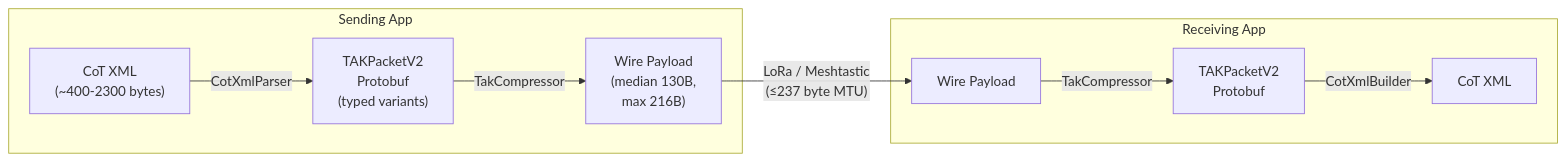
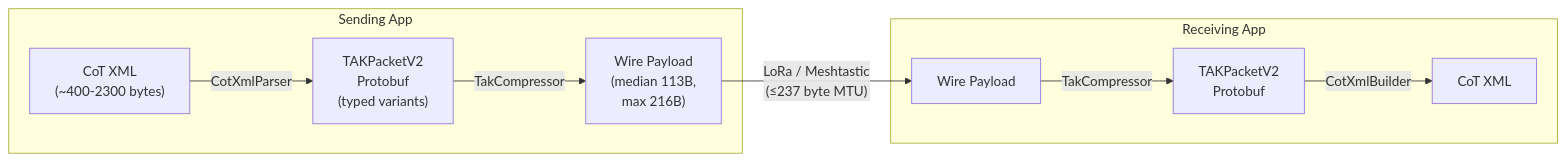
The first of 2 diagrams in README.md (meshtastic/TAKPacket-SDK), drawn with Mermaid before and after one commit. The commit also changed other lines of this file and 11 other files, not shown here.

````diff
--- a/README.md
+++ b/README.md
@@ -9,12 +9,12 @@
 ```mermaid
 flowchart LR
     subgraph "Sending App"
         A["CoT XML\n(~400-2300 bytes)"] -->|CotXmlParser| B["TAKPacketV2\nProtobuf\n(typed variants)"]
-        B -->|TakCompressor| C["Wire Payload\n(median 130B,\nmax 216B)"]
+        B -->|TakCompressor| C["Wire Payload\n(median 113B,\nmax 216B)"]
     end
     C -->|"LoRa / Meshtastic\n(≤237 byte MTU)"| D["Wire Payload"]
     subgraph "Receiving App"
         D -->|TakCompressor| E["TAKPacketV2\nProtobuf"]
         E -->|CotXmlBuilder| F["CoT XML"]
     end
 ```
````
